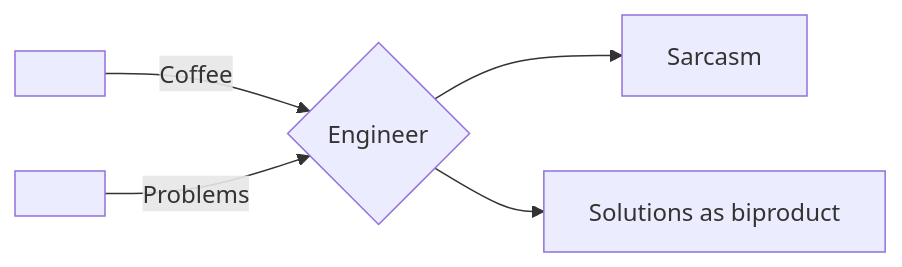
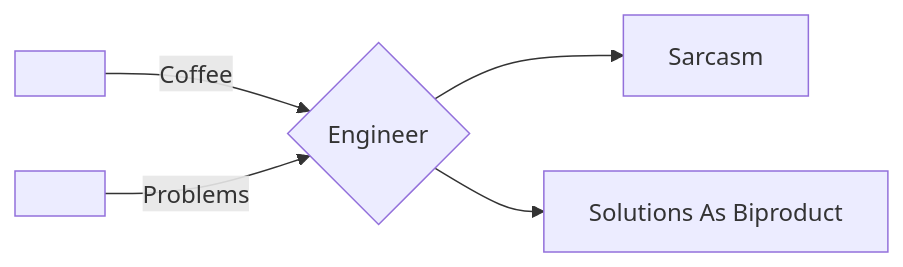
The diagram in README.md (apakhbari/apakhbari), drawn with Mermaid before and after one commit.

````diff
--- a/README.md
+++ b/README.md
@@ -3,7 +3,7 @@
 ```mermaid
 graph LR;
 A[ ]-- Coffee -->C{Engineer};
 B[ ]-- Problems -->C{Engineer};
 C{Engineer}-->E[Sarcasm];
-C{Engineer}-->D[Solutions as biproduct];
+C{Engineer}-->D[Solutions As Biproduct];
 ```
````
